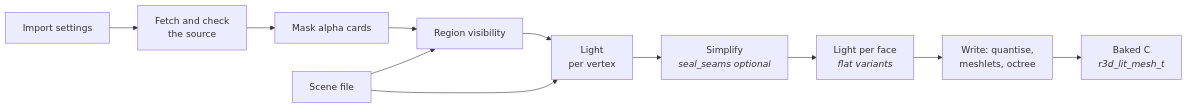
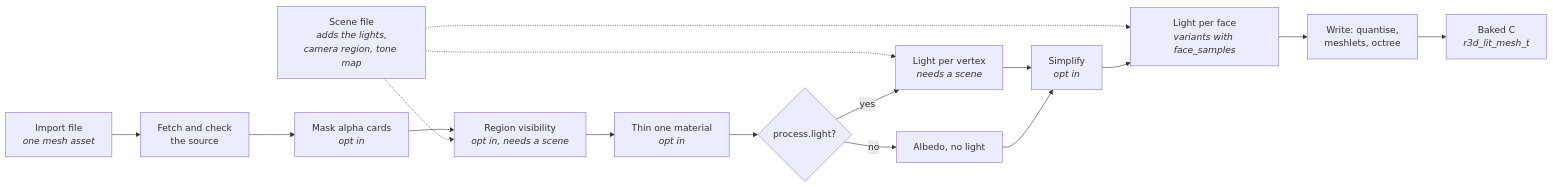
Before and after one commit to jose-villegas/autana: the first of 2 diagrams in docs/Mesh-Import.md, drawn with Mermaid. The commit also changed other lines of this file and 13 other files, not shown here.

````diff
--- a/docs/Mesh-Import.md
+++ b/docs/Mesh-Import.md
@@ -7,13 +7,18 @@
 ```mermaid
 flowchart LR
-    Settings[Import settings] --> Fetch["Fetch and check<br/>the source"]
-    Fetch --> Mask[Mask alpha cards]
-    Mask --> Vis[Region visibility]
-    Scene[Scene file] --> Vis
-    Vis --> Light["Light<br/>per vertex"]
-    Scene --> Light
-    Light --> Simp["Simplify<br/><i>seal_seams optional</i>"]
-    Simp --> Face["Light per face<br/><i>flat variants</i>"]
+    Import["Import file<br/><i>one mesh asset</i>"] --> Fetch["Fetch and check<br/>the source"]
+    Fetch --> Mask["Mask alpha cards<br/><i>opt in</i>"]
+    Mask --> Vis["Region visibility<br/><i>opt in, needs a scene</i>"]
+    Vis --> Thin["Thin one material<br/><i>opt in</i>"]
+    Thin --> Colour{"process.light?"}
+    Scene["Scene file<br/><i>adds the lights,<br/>camera region, tone map</i>"] -.-> Vis
+    Scene -.-> Lit
+    Scene -.-> Face
+    Colour -- yes --> Lit["Light per vertex<br/><i>needs a scene</i>"]
+    Colour -- no --> Albedo["Albedo, no light"]
+    Lit --> Simp["Simplify<br/><i>opt in</i>"]
+    Albedo --> Simp
+    Simp --> Face["Light per face<br/><i>variants with face_samples</i>"]
     Face --> Write["Write: quantise,<br/>meshlets, octree"]
     Write --> C["Baked C<br/><i>r3d_lit_mesh_t</i>"]
 ```
````
